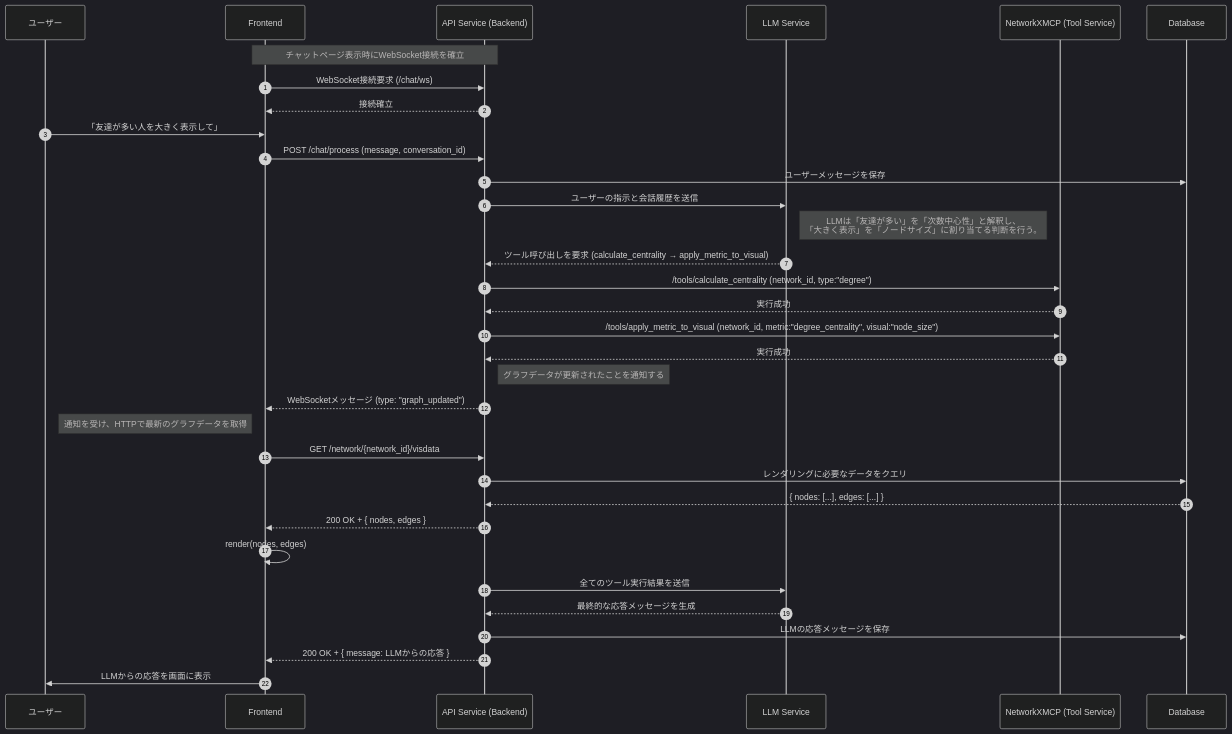
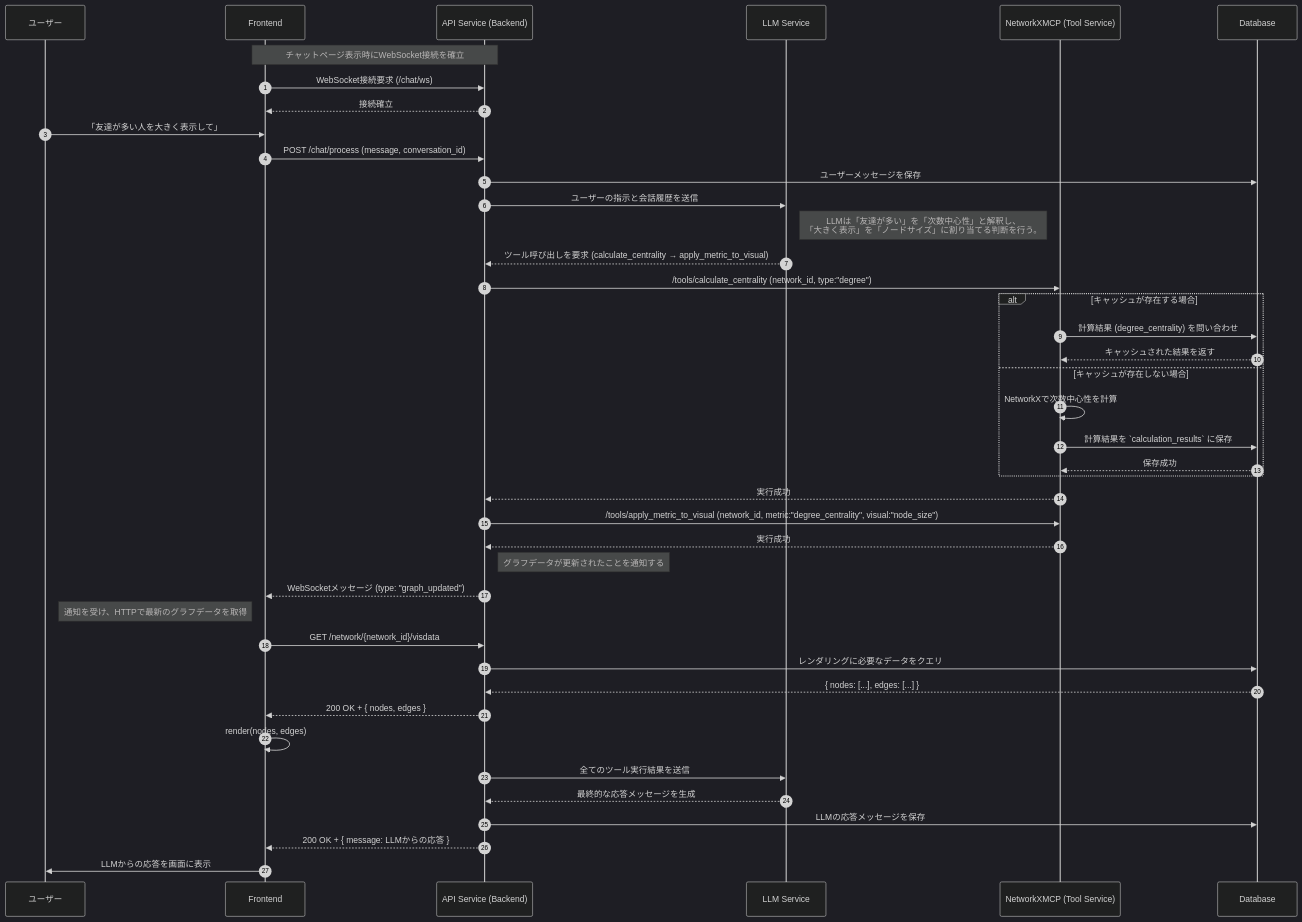
Before and after one commit to vdslab/LLMGraphvis: the second of 3 diagrams in specification/Interactions.md, drawn with Mermaid (dark theme). The commit also changed 3 other files, not shown here.

````diff
--- a/specification/Interactions.md
+++ b/specification/Interactions.md
@@ -55,50 +55,62 @@
 ```mermaid
 sequenceDiagram
     autonumber
     %% Participants
     participant U as ユーザー
     participant F as Frontend
     participant B as API Service (Backend)
     participant LLM as LLM Service
     participant N as NetworkXMCP (Tool Service)
     participant DB as Database
 
     note over F, B: チャットページ表示時にWebSocket接続を確立
     F->>B: WebSocket接続要求 (/chat/ws)
     B-->>F: 接続確立
 
     %% Step 1: User sends a message (HTTP POST)
     U->>F: 「友達が多い人を大きく表示して」
     F->>B: POST /chat/process (message, conversation_id)
     B->>DB: ユーザーメッセージを保存
 
     %% Step 2: Backend invokes LLM
     B->>LLM: ユーザーの指示と会話履歴を送信
     note right of LLM: LLMは「友達が多い」を「次数中心性」と解釈し、<br/>「大きく表示」を「ノードサイズ」に割り当てる判断を行う。
     LLM-->>B: ツール呼び出しを要求 (calculate_centrality → apply_metric_to_visual)
 
-    %% Step 3: Backend calls tools
+    %% Step 3: Backend calls calculation tool (with cache logic)
     B->>N: /tools/calculate_centrality (network_id, type:"degree")
+    
+    alt キャッシュが存在する場合
+        N->>DB: 計算結果 (degree_centrality) を問い合わせ
+        DB-->>N: キャッシュされた結果を返す
+    else キャッシュが存在しない場合
+        N->>N: NetworkXで次数中心性を計算
+        N->>DB: 計算結果を `calculation_results` に保存
+        DB-->>N: 保存成功
+    end
+    
     N-->>B: 実行成功
+
+    %% Step 4: Backend calls visualization tool
     B->>N: /tools/apply_metric_to_visual (network_id, metric:"degree_centrality", visual:"node_size")
     N-->>B: 実行成功
 
-    %% Step 4: Backend sends a notification via WebSocket
+    %% Step 5: Backend sends a notification via WebSocket
     note right of B: グラフデータが更新されたことを通知する
     B-->>F: WebSocketメッセージ (type: "graph_updated")
 
-    %% Step 5: Frontend fetches the updated graph data via HTTP
+    %% Step 6: Frontend fetches the updated graph data via HTTP
     note left of F: 通知を受け、HTTPで最新のグラフデータを取得
     F->>B: GET /network/{network_id}/visdata
     B->>DB: レンダリングに必要なデータをクエリ
     DB-->>B: { nodes: [...], edges: [...] }
     B-->>F: 200 OK + { nodes, edges }
     F->>F: render(nodes, edges)
 
-    %% Step 6: Backend gets final response from LLM and sends it via HTTP response
+    %% Step 7: Backend gets final response from LLM and sends it via HTTP response
     B->>LLM: 全てのツール実行結果を送信
     LLM-->>B: 最終的な応答メッセージを生成
     B->>DB: LLMの応答メッセージを保存
     B-->>F: 200 OK + { message: LLMからの応答 }
     F->>U: LLMからの応答を画面に表示
 ```
````
